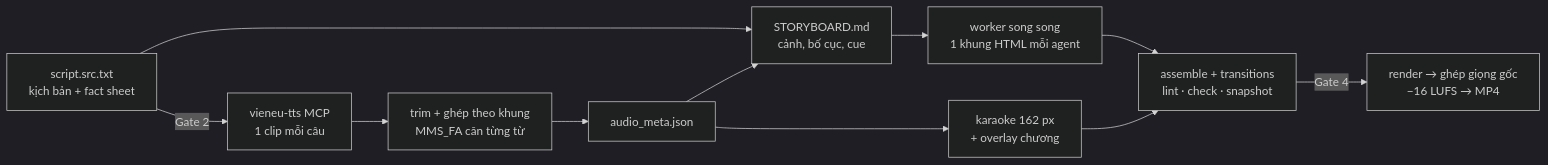
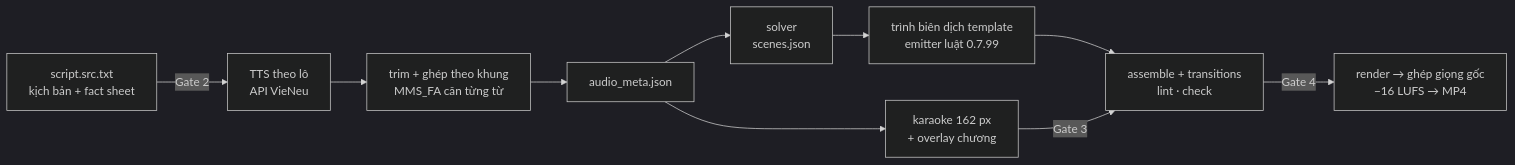
The diagram in README.md (abm-dungtq/abm-video-bgdt), drawn with Mermaid (dark theme) before and after one commit. The commit also changed other lines of this file and 13 other files, not shown here.

````diff
--- a/README.md
+++ b/README.md
@@ -39,13 +42,12 @@
 ```mermaid
 flowchart LR
-  A[script.src.txt<br/>kịch bản + fact sheet] -->|Gate 2| B[vieneu-tts MCP<br/>1 clip mỗi câu]
+  A[script.src.txt<br/>kịch bản + fact sheet] -->|Gate 2| B[TTS theo lô<br/>API VieNeu]
   B --> C[trim + ghép theo khung<br/>MMS_FA căn từng từ]
   C --> D[audio_meta.json]
-  A --> E[STORYBOARD.md<br/>cảnh, bố cục, cue]
-  D --> E
-  E --> F[worker song song<br/>1 khung HTML mỗi agent]
+  D --> E[solver<br/>scenes.json]
+  E --> F[trình biên dịch template<br/>emitter luật 0.7.99]
   D --> G[karaoke 162 px<br/>+ overlay chương]
-  F --> H[assemble + transitions<br/>lint · check · snapshot]
-  G --> H
+  F --> H[assemble + transitions<br/>lint · check]
+  G -->|Gate 3| H
   H -->|Gate 4| I[render → ghép giọng gốc<br/>−16 LUFS → MP4]
 ```
````
